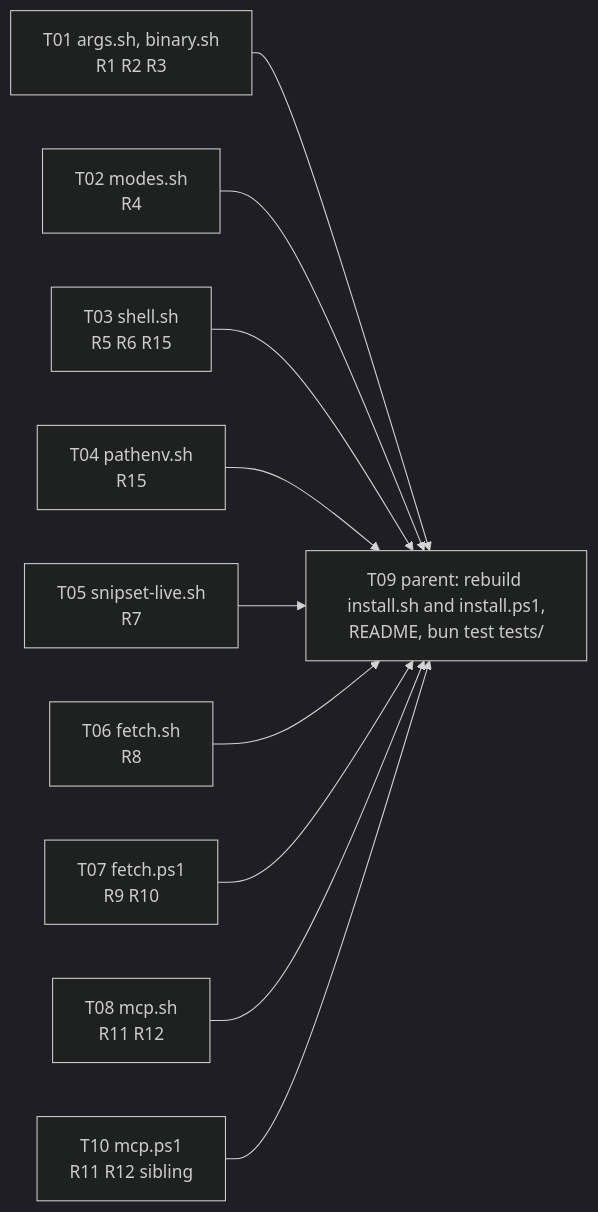
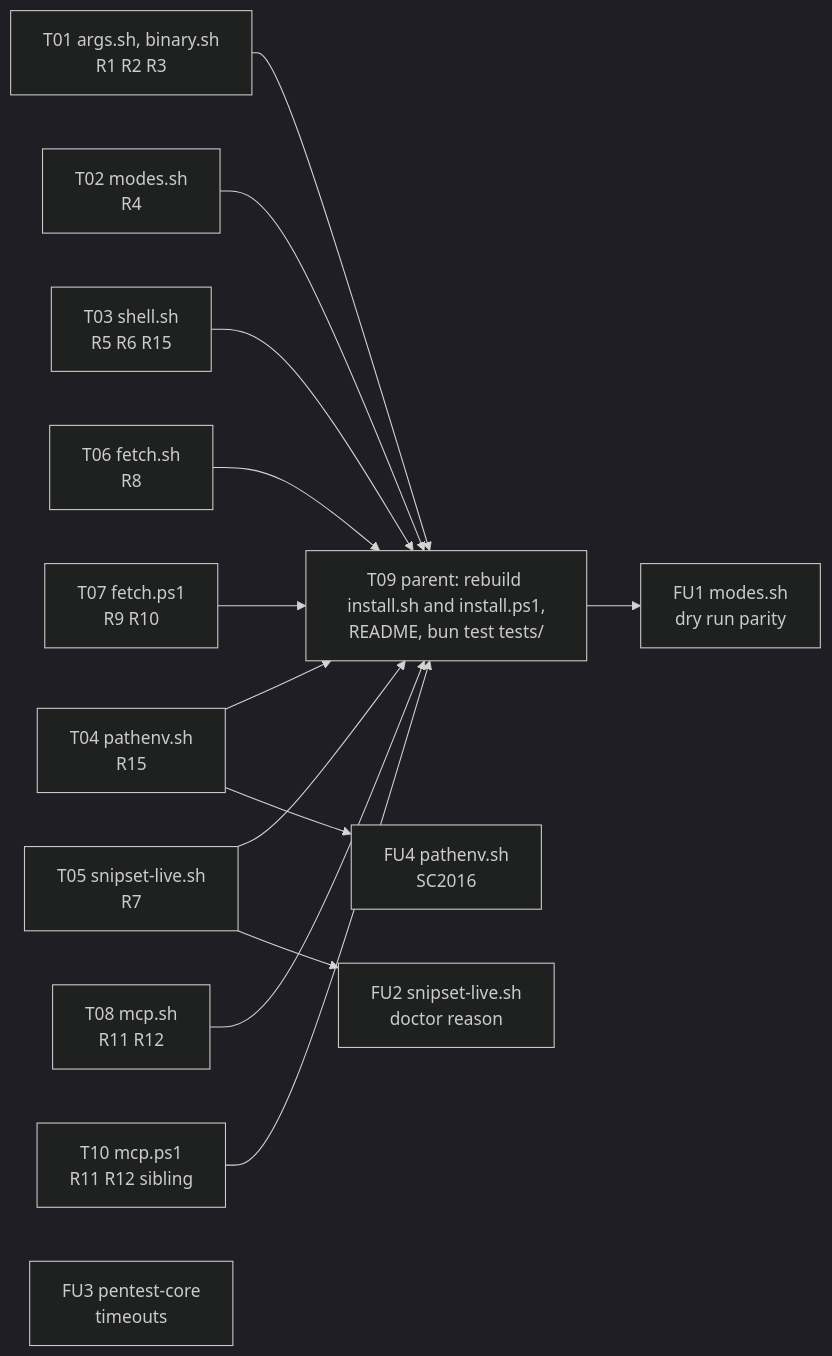
Before and after one commit to belajarcarabelajar/snipset-cli: the diagram in docs/code-plan/plans/2026-10-15-snipset-cli-release-bug-hunt.md, drawn with Mermaid (dark theme). The commit also changed other lines of this file and 3 other files, not shown here.

Commit message:
docs: record the debt sweep, learning ledger, and memory rules

````diff
--- a/docs/code-plan/plans/2026-10-15-snipset-cli-release-bug-hunt.md
+++ b/docs/code-plan/plans/2026-10-15-snipset-cli-release-bug-hunt.md
@@ -164,15 +212,19 @@
 ```mermaid
 flowchart LR
     accTitle: Fix tasks and their integration order
-    accDescr: Eight independent fix tasks each own one installer part or the live wrapper and add one new test file. All eight feed the parent integration task, which rebuilds the bundled installers, updates the README, and runs the whole suite.
+    accDescr: Nine independent fix tasks each own one installer part or the live wrapper and add one new test file. All feed the parent integration task, which rebuilds the bundled installers, updates the README, and runs the whole suite. Four debt-sweep follow-ups hang off the tasks whose files they touch.
     T01["T01 args.sh, binary.sh<br/>R1 R2 R3"] --> T09
     T02["T02 modes.sh<br/>R4"] --> T09
     T03["T03 shell.sh<br/>R5 R6 R15"] --> T09
     T04["T04 pathenv.sh<br/>R15"] --> T09
     T05["T05 snipset-live.sh<br/>R7"] --> T09
     T06["T06 fetch.sh<br/>R8"] --> T09
     T07["T07 fetch.ps1<br/>R9 R10"] --> T09
     T08["T08 mcp.sh<br/>R11 R12"] --> T09
     T10["T10 mcp.ps1<br/>R11 R12 sibling"] --> T09
     T09["T09 parent: rebuild install.sh and install.ps1,<br/>README, bun test tests/"]
+    T09 --> FU1["FU1 modes.sh<br/>dry run parity"]
+    T05 --> FU2["FU2 snipset-live.sh<br/>doctor reason"]
+    FU3["FU3 pentest-core<br/>timeouts"]
+    T04 --> FU4["FU4 pathenv.sh<br/>SC2016"]
 ```
````
